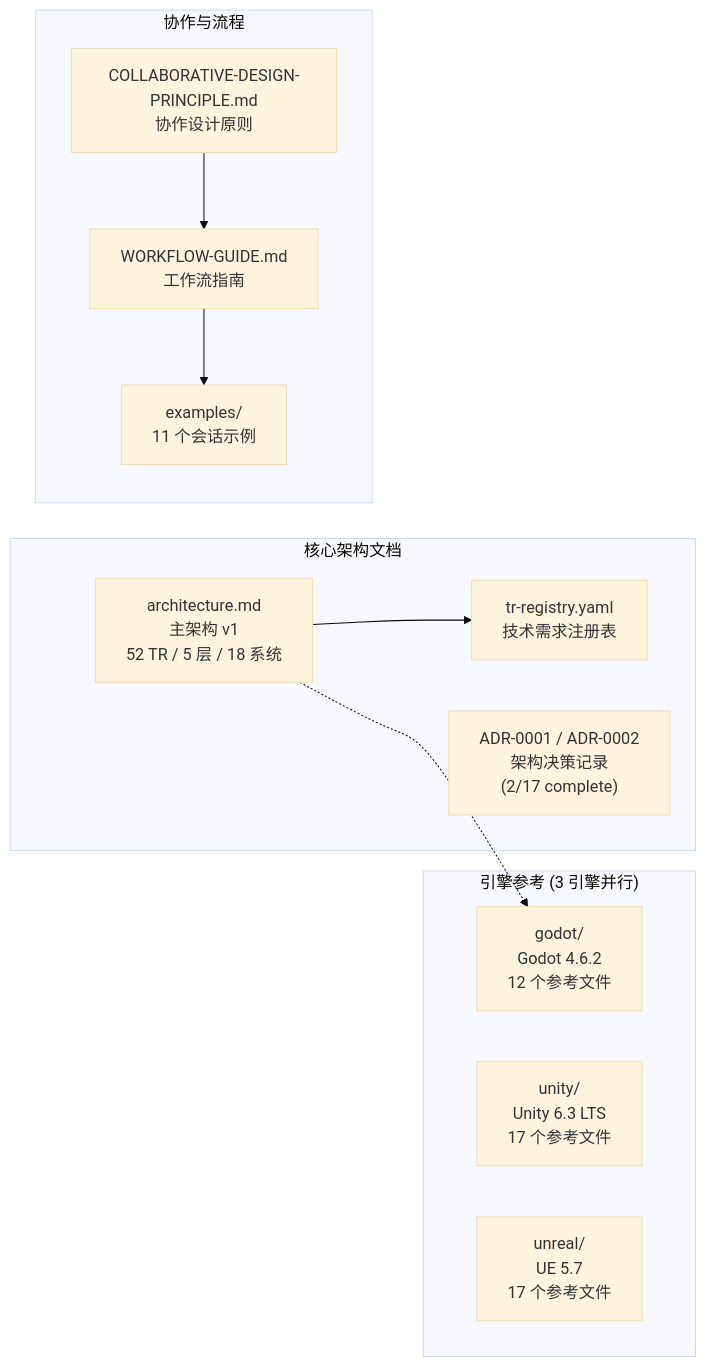
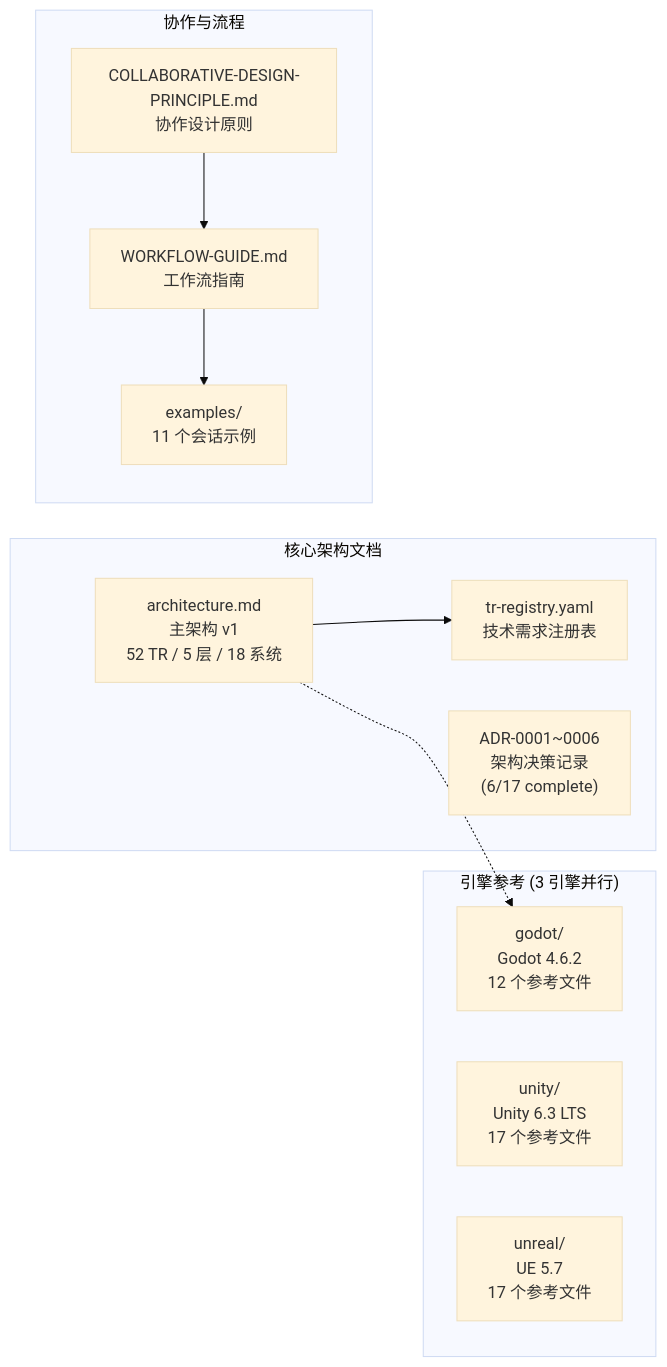
Before and after one commit to lieinsay/Claude-Code-Game-Studios: the third of 7 diagrams in docs/document-index.md, drawn with Mermaid (base theme). The commit also changed other lines of this file and 7 other files, not shown here.

````diff
--- a/docs/document-index.md
+++ b/docs/document-index.md
@@ -226,25 +226,25 @@
 ```mermaid
 graph LR
     subgraph 核心架构["核心架构文档"]
         MA["architecture.md<br/>主架构 v1<br/>52 TR / 5 层 / 18 系统"]
         TR["tr-registry.yaml<br/>技术需求注册表"]
-        ADR["ADR-0001 / ADR-0002<br/>架构决策记录<br/>(2/17 complete)"]
+        ADR["ADR-0001~0006<br/>架构决策记录<br/>(6/17 complete)"]
     end
 
     subgraph 引擎参考["引擎参考 (3 引擎并行)"]
         GODOT["godot/<br/>Godot 4.6.2<br/>12 个参考文件"]
         UNITY["unity/<br/>Unity 6.3 LTS<br/>17 个参考文件"]
         UNREAL["unreal/<br/>UE 5.7<br/>17 个参考文件"]
     end
 
     subgraph 协作规范["协作与流程"]
         CP["COLLABORATIVE-DESIGN-PRINCIPLE.md<br/>协作设计原则"]
         WG["WORKFLOW-GUIDE.md<br/>工作流指南"]
         EX["examples/<br/>11 个会话示例"]
     end
 
     MA --> TR
     MA -.-> GODOT
     CP --> WG
     WG --> EX
 ```
````
